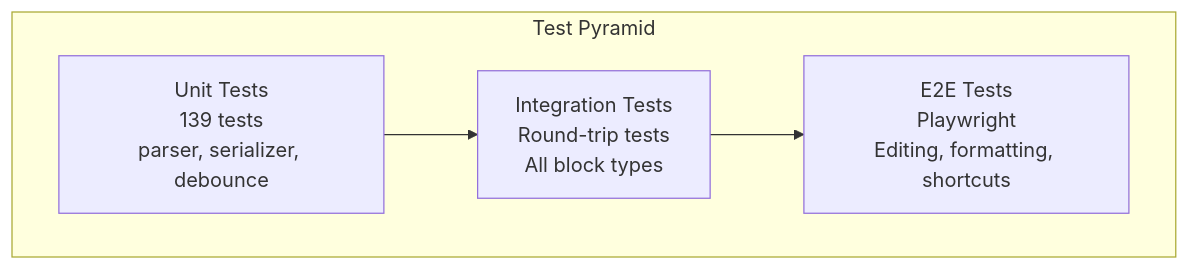
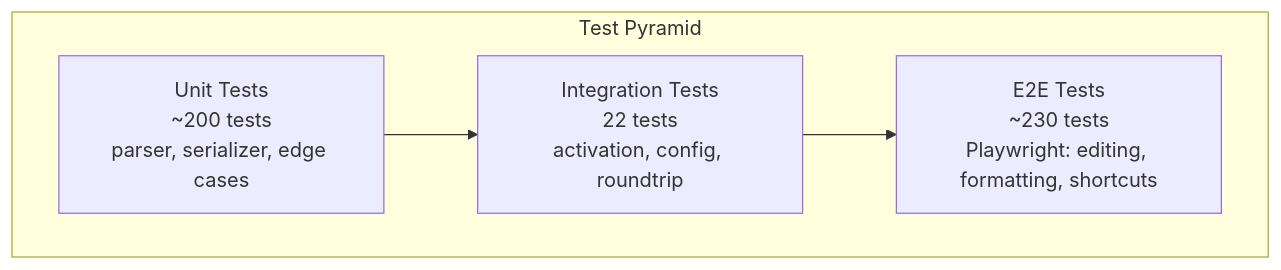
One commit to Mathuran/quartz changed the ninth of 9 diagrams in projectManager/design-docs/quartz-system-architecture.md. Above: the diagram before and after it, drawn with Mermaid. The commit also changed other lines of this file and 25 other files, not shown here.

First line of the commit message:
chore: add design docs, issues, backlog, and edge-case unit tests

````diff
--- a/projectManager/design-docs/quartz-system-architecture.md
+++ b/projectManager/design-docs/quartz-system-architecture.md
@@ -363,10 +409,10 @@
 ```mermaid
 graph TB
     subgraph "Test Pyramid"
-        UNIT[Unit Tests<br/>139 tests<br/>parser, serializer, debounce]
-        INT[Integration Tests<br/>Round-trip tests<br/>All block types]
-        E2E[E2E Tests<br/>Playwright<br/>Editing, formatting, shortcuts]
+        UNIT[Unit Tests<br/>~200 tests<br/>parser, serializer, edge cases]
+        INT[Integration Tests<br/>22 tests<br/>activation, config, roundtrip]
+        E2E[E2E Tests<br/>~230 tests<br/>Playwright: editing, formatting, shortcuts]
     end
 
     UNIT --> INT --> E2E
 ```
````
